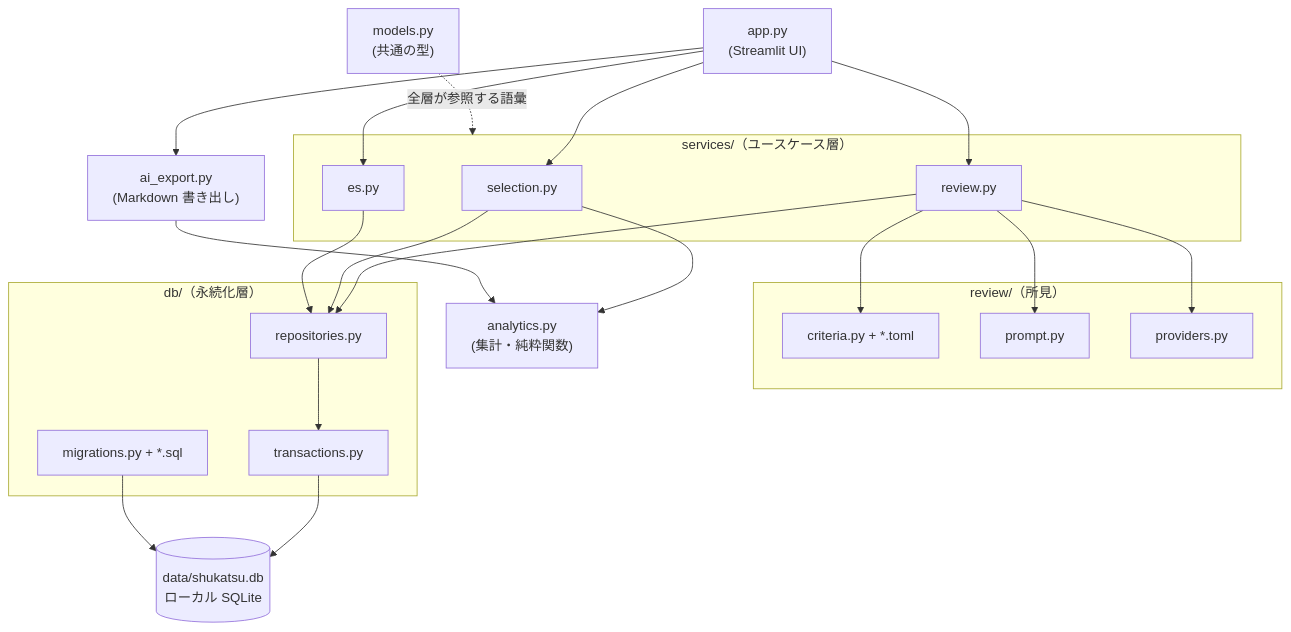
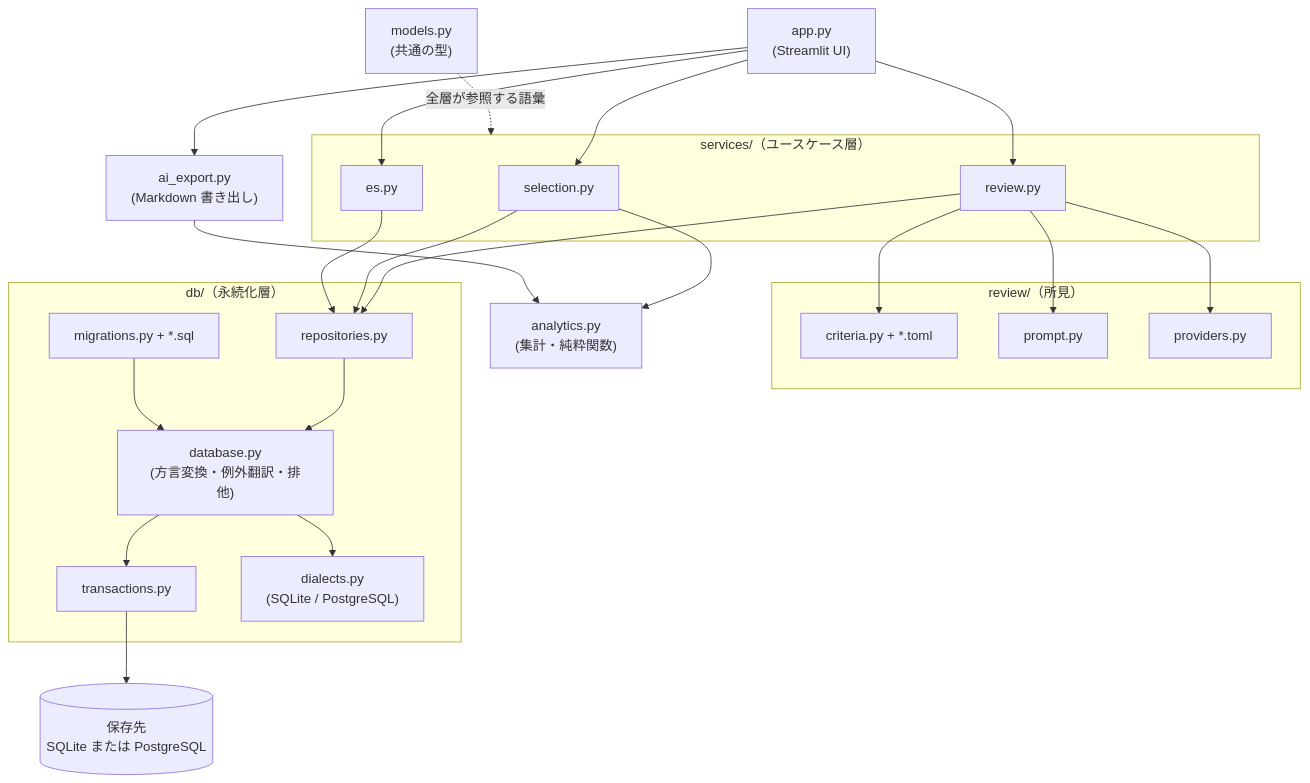
One commit to Natto2026/shukatsu-tracker changed the diagram in docs/architecture.md. Above: the diagram before and after it, drawn with Mermaid. The commit also changed other lines of this file and 31 other files, not shown here.

First line of the commit message:
fix: 書き込みの取りこぼしと画面からの意図しない上書きを修正し、PostgreSQL に対応する

````diff
--- a/docs/architecture.md
+++ b/docs/architecture.md
@@ -40,40 +44,44 @@
 ```mermaid
 flowchart TB
     UI["app.py<br>(Streamlit UI)"]
     subgraph services["services/（ユースケース層）"]
         SEL["selection.py"]
         ES["es.py"]
         RV["review.py"]
     end
     subgraph review["review/（所見）"]
         CR["criteria.py + *.toml"]
         PR["prompt.py"]
         PV["providers.py"]
     end
     subgraph db["db/（永続化層）"]
         REPO["repositories.py"]
+        DBF["database.py<br>(方言変換・例外翻訳・排他)"]
         TX["transactions.py"]
         MIG["migrations.py + *.sql"]
+        DIA["dialects.py<br>(SQLite / PostgreSQL)"]
     end
     AN["analytics.py<br>(集計・純粋関数)"]
     EX["ai_export.py<br>(Markdown 書き出し)"]
     MD["models.py<br>(共通の型)"]
-    SQL[("data/shukatsu.db<br>ローカル SQLite")]
+    SQL[("保存先<br>SQLite または PostgreSQL")]
 
     UI --> SEL
     UI --> ES
     UI --> RV
     UI --> EX
     RV --> CR
     RV --> PR
     RV --> PV
     RV --> REPO
     SEL --> AN
     SEL --> REPO
     ES --> REPO
-    REPO --> TX
+    REPO --> DBF
+    DBF --> TX
+    DBF --> DIA
     TX --> SQL
-    MIG --> SQL
+    MIG --> DBF
     EX --> AN
     MD -.->|全層が参照する語彙| services
 ```
````
